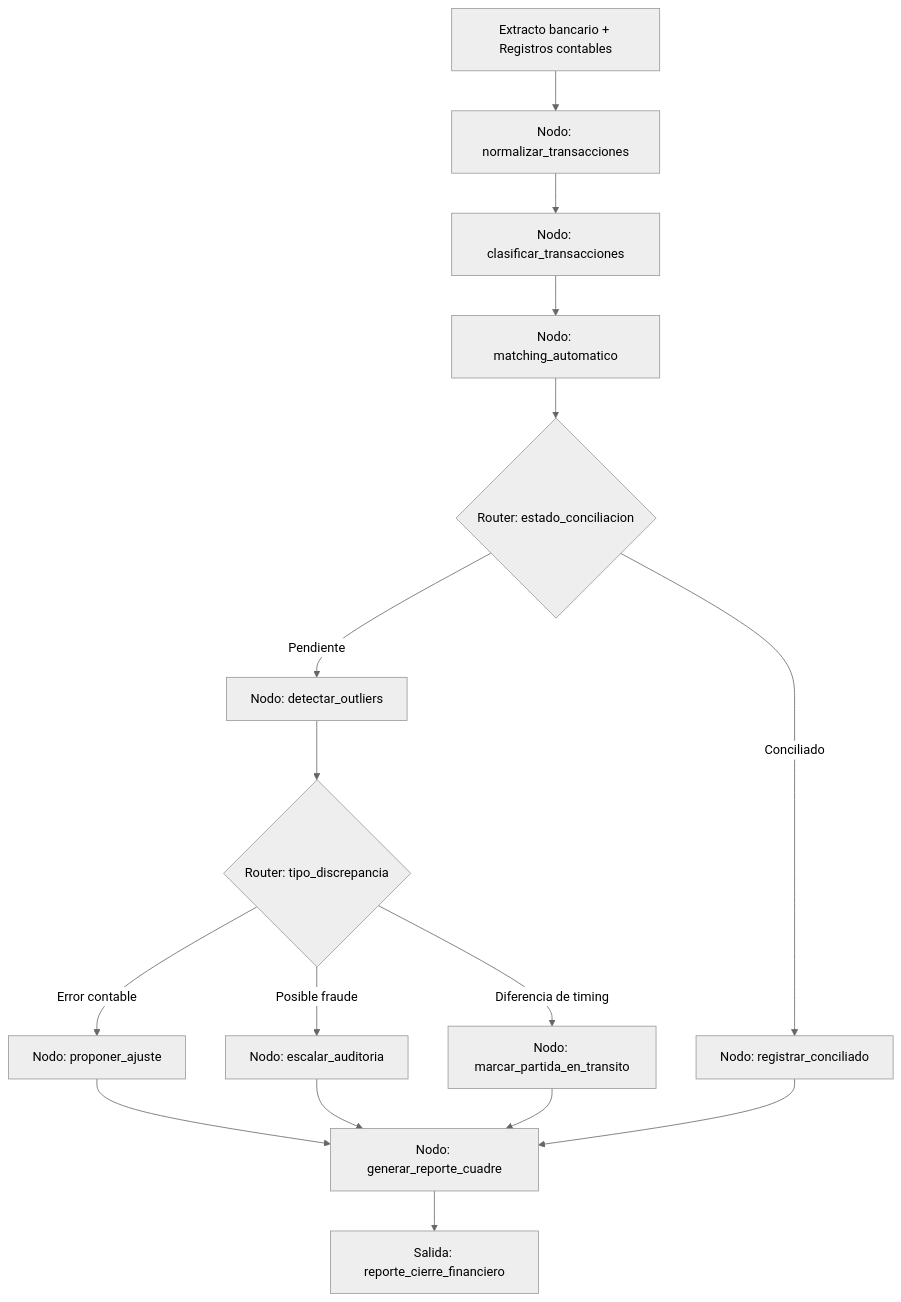
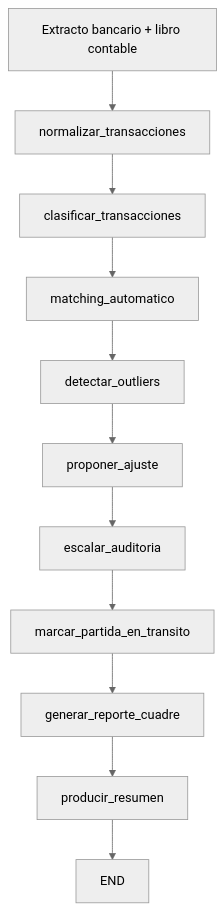
The diagram in cases/14-finanzas-conciliacion/README.md (vladimiracunadev-create/langgraph-realworld), drawn with Mermaid (neutral theme) before and after one commit. The commit also changed other lines of this file and 84 other files, not shown here.

````diff
--- a/cases/14-finanzas-conciliacion/README.md
+++ b/cases/14-finanzas-conciliacion/README.md
@@ -16,18 +30,13 @@
 ```mermaid
 graph TD
-    A[Extracto bancario + Registros contables] --> B[Nodo: normalizar_transacciones]
-    B --> C[Nodo: clasificar_transacciones]
-    C --> D[Nodo: matching_automatico]
-    D --> E{Router: estado_conciliacion}
-    E -->|Conciliado| F[Nodo: registrar_conciliado]
-    E -->|Pendiente| G[Nodo: detectar_outliers]
-    G --> H{Router: tipo_discrepancia}
-    H -->|Error contable| I[Nodo: proponer_ajuste]
-    H -->|Posible fraude| J[Nodo: escalar_auditoria]
-    H -->|Diferencia de timing| K[Nodo: marcar_partida_en_transito]
-    I --> L[Nodo: generar_reporte_cuadre]
-    J --> L
-    K --> L
-    F --> L
-    L --> M[Salida: reporte_cierre_financiero]
+    A[Extracto bancario + libro contable] --> B[normalizar_transacciones]
+    B --> C[clasificar_transacciones]
+    C --> D[matching_automatico]
+    D --> E[detectar_outliers]
+    E --> F[proponer_ajuste]
+    F --> G[escalar_auditoria]
+    G --> H[marcar_partida_en_transito]
+    H --> I[generar_reporte_cuadre]
+    I --> J[producir_resumen]
+    J --> END
 ```
````
